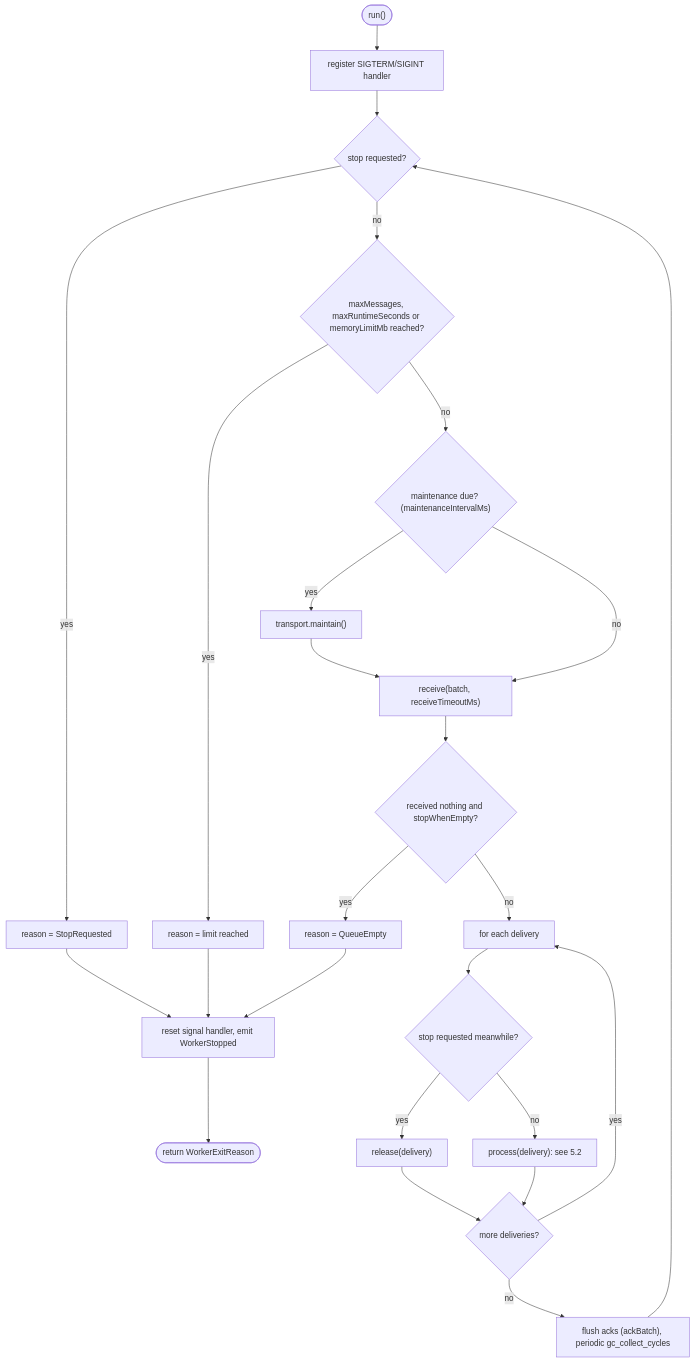
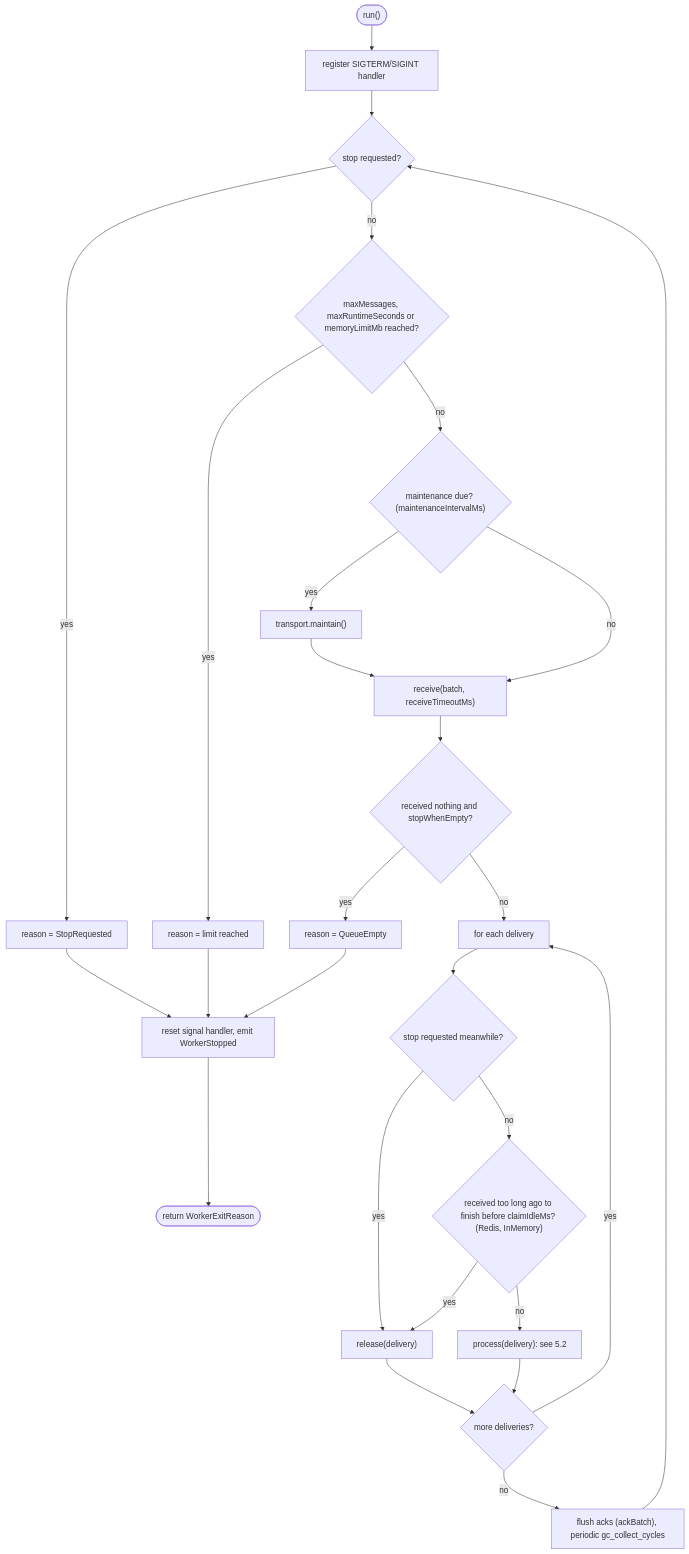
Before and after one commit to snipershady/queue-bridge: diagram 20 of 24 in DOC.md, drawn with Mermaid. The commit also changed other lines of this file and 163 other files, not shown here.

Commit message:
idempotenza senza perdite, guardia dei batch su claimIdleMs, complessità nei PHPDoc

````diff
--- a/DOC.md
+++ b/DOC.md
@@ -1077,27 +1086,29 @@
 ```mermaid
 flowchart TD
     S(["run()"]) --> R["register SIGTERM/SIGINT handler"]
     R --> C{"stop requested?"}
     C -- yes --> X1["reason = StopRequested"]
     C -- no --> L{"maxMessages, maxRuntimeSeconds or memoryLimitMb reached?"}
     L -- yes --> X2["reason = limit reached"]
     L -- no --> M{"maintenance due? (maintenanceIntervalMs)"}
     M -- yes --> MT["transport.maintain()"]
     M -- no --> RC
     MT --> RC["receive(batch, receiveTimeoutMs)"]
     RC --> E{"received nothing and stopWhenEmpty?"}
     E -- yes --> X3["reason = QueueEmpty"]
     E -- no --> FE["for each delivery"]
     FE --> SR{"stop requested meanwhile?"}
     SR -- yes --> RL["release(delivery)"]
-    SR -- no --> PR["process(delivery): see 5.2"]
+    SR -- no --> AG{"received too long ago to finish before claimIdleMs? (Redis, InMemory)"}
+    AG -- yes --> RL
+    AG -- no --> PR["process(delivery): see 5.2"]
     RL --> NX{"more deliveries?"}
     PR --> NX
     NX -- yes --> FE
     NX -- no --> FA["flush acks (ackBatch), periodic gc_collect_cycles"]
     FA --> C
     X1 --> END
     X2 --> END
     X3 --> END
     END["reset signal handler, emit WorkerStopped"] --> F(["return WorkerExitReason"])
 ```
````
